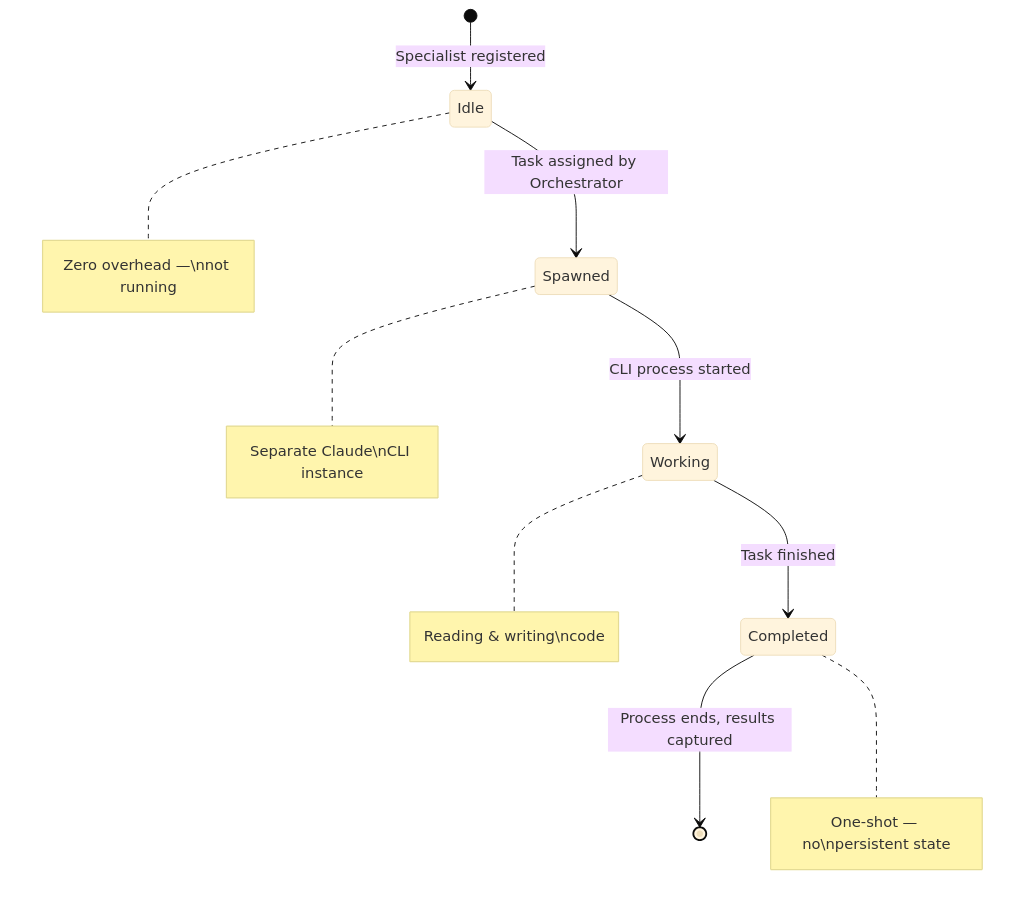
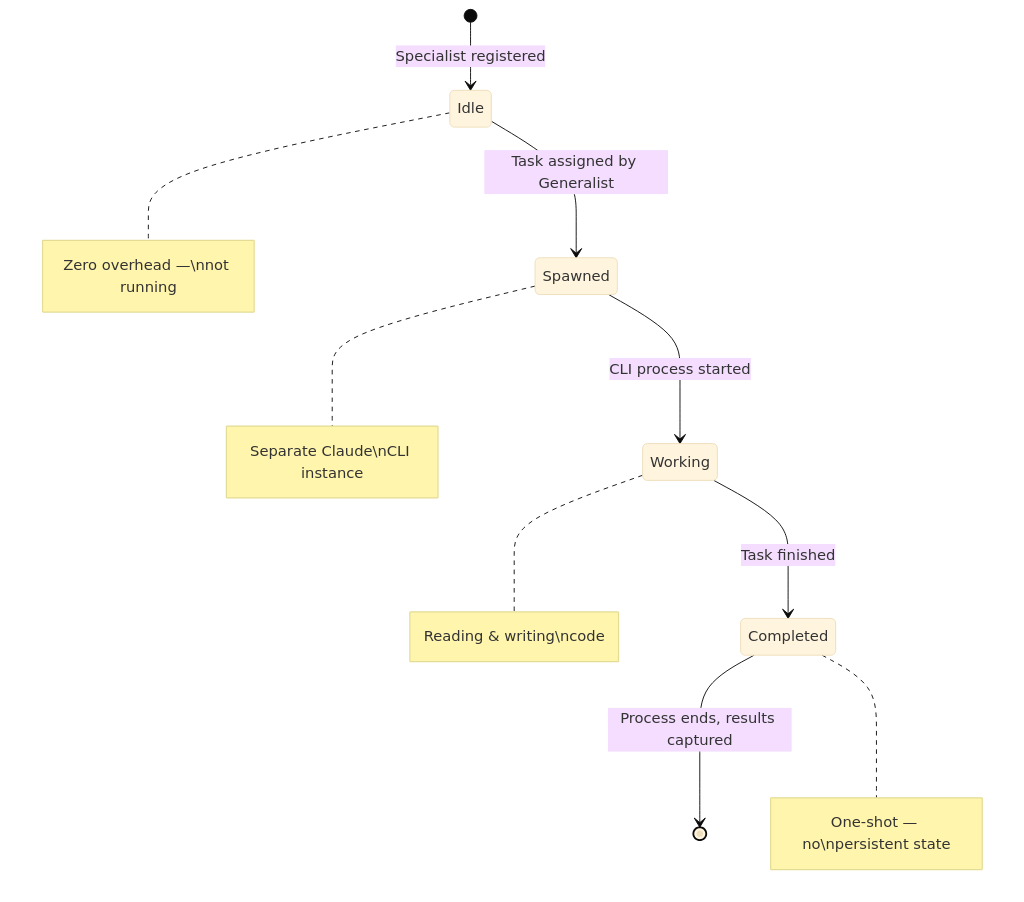
Before and after one commit to unosquare-eduardotorres/CodeAtelier: the second of 2 diagrams in src/renderer/src/content/help/specialists.md, drawn with Mermaid (base theme). The commit also changed other lines of this file and 65 other files, not shown here.

````diff
--- a/src/renderer/src/content/help/specialists.md
+++ b/src/renderer/src/content/help/specialists.md
@@ -92,13 +89,13 @@
 ```mermaid
 stateDiagram-v2
   [*] --> Idle: Specialist registered
-  Idle --> Spawned: Task assigned by Orchestrator
+  Idle --> Spawned: Task assigned by Generalist
   Spawned --> Working: CLI process started
   Working --> Completed: Task finished
   Completed --> [*]: Process ends, results captured
 
   note right of Idle: Zero overhead —\nnot running
   note right of Spawned: Separate Claude\nCLI instance
   note right of Working: Reading & writing\ncode
   note right of Completed: One-shot — no\npersistent state
 ```
````
